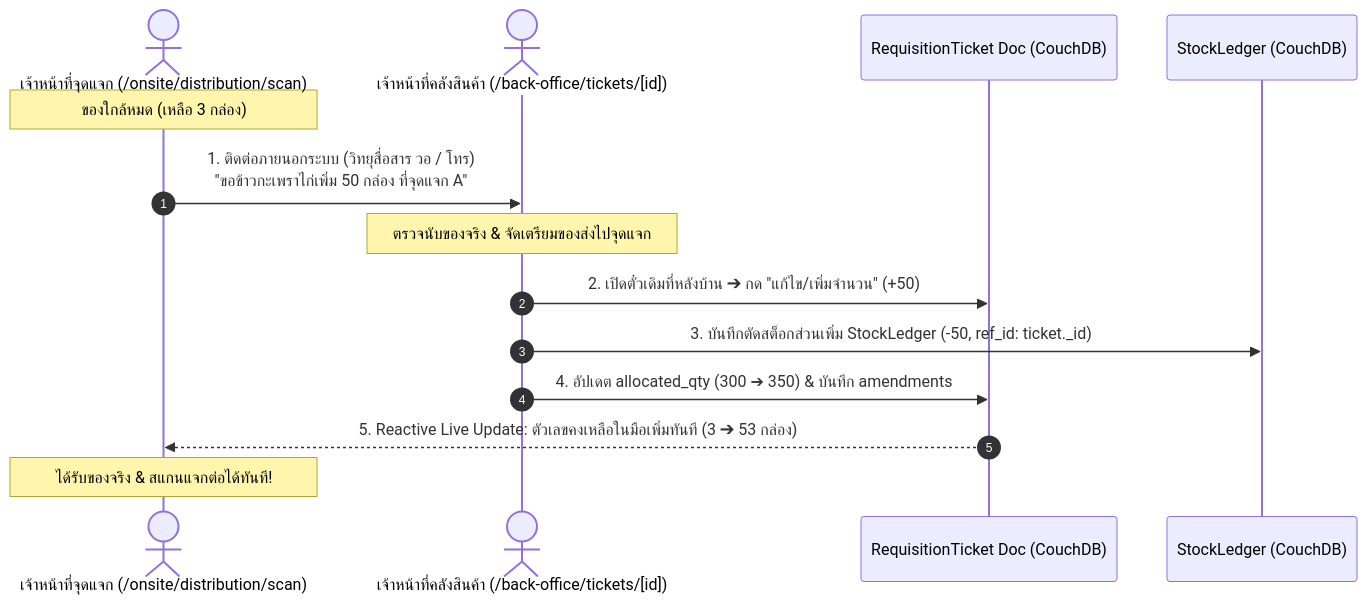
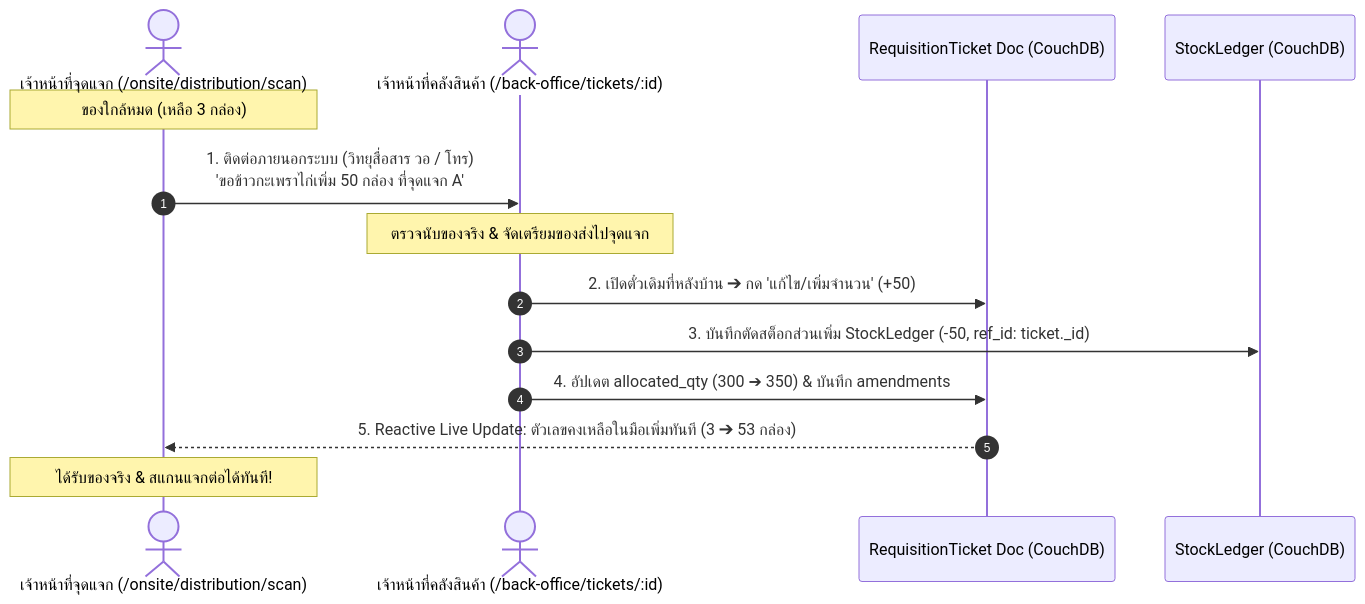
The fourth of 5 diagrams in docs/changes/draft-spec-ticket.md (r202-coe-psu/tent), drawn with Mermaid before and after one commit. The commit also changed other lines of this file and 1 other file, not shown here.

````diff
--- a/docs/changes/draft-spec-ticket.md
+++ b/docs/changes/draft-spec-ticket.md
@@ -308,17 +226,17 @@
 ```mermaid
 sequenceDiagram
     autonumber
     actor Staff as เจ้าหน้าที่จุดแจก (/onsite/distribution/scan)
-    actor WH as เจ้าหน้าที่คลังสินค้า (/back-office/tickets/[id])
+    actor WH as เจ้าหน้าที่คลังสินค้า (/back-office/tickets/:id)
     participant TKT as RequisitionTicket Doc (CouchDB)
     participant LEDGER as StockLedger (CouchDB)
 
     Note over Staff: ของใกล้หมด (เหลือ 3 กล่อง)
-    Staff->>WH: 1. ติดต่อภายนอกระบบ (วิทยุสื่อสาร วอ / โทร)<br/>"ขอข้าวกะเพราไก่เพิ่ม 50 กล่อง ที่จุดแจก A"
+    Staff->>WH: 1. ติดต่อภายนอกระบบ (วิทยุสื่อสาร วอ / โทร)<br/>'ขอข้าวกะเพราไก่เพิ่ม 50 กล่อง ที่จุดแจก A'
     Note over WH: ตรวจนับของจริง & จัดเตรียมของส่งไปจุดแจก
-    WH->>TKT: 2. เปิดตั๋วเดิมที่หลังบ้าน ➔ กด "แก้ไข/เพิ่มจำนวน" (+50)
+    WH->>TKT: 2. เปิดตั๋วเดิมที่หลังบ้าน ➔ กด 'แก้ไข/เพิ่มจำนวน' (+50)
     WH->>LEDGER: 3. บันทึกตัดสต็อกส่วนเพิ่ม StockLedger (-50, ref_id: ticket._id)
     WH->>TKT: 4. อัปเดต allocated_qty (300 ➔ 350) & บันทึก amendments
     TKT-->>Staff: 5. Reactive Live Update: ตัวเลขคงเหลือในมือเพิ่มทันที (3 ➔ 53 กล่อง)
     Note over Staff: ได้รับของจริง & สแกนแจกต่อได้ทันที!
 ```
````
